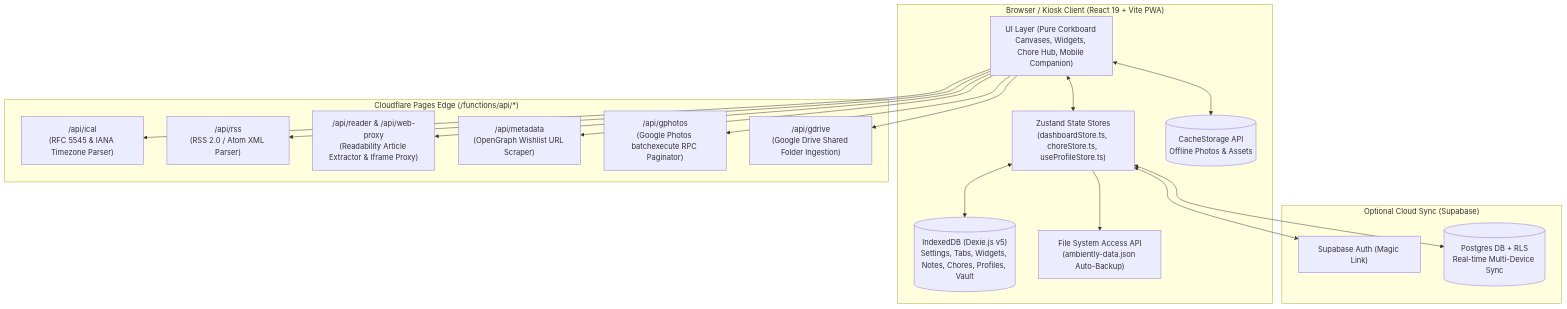
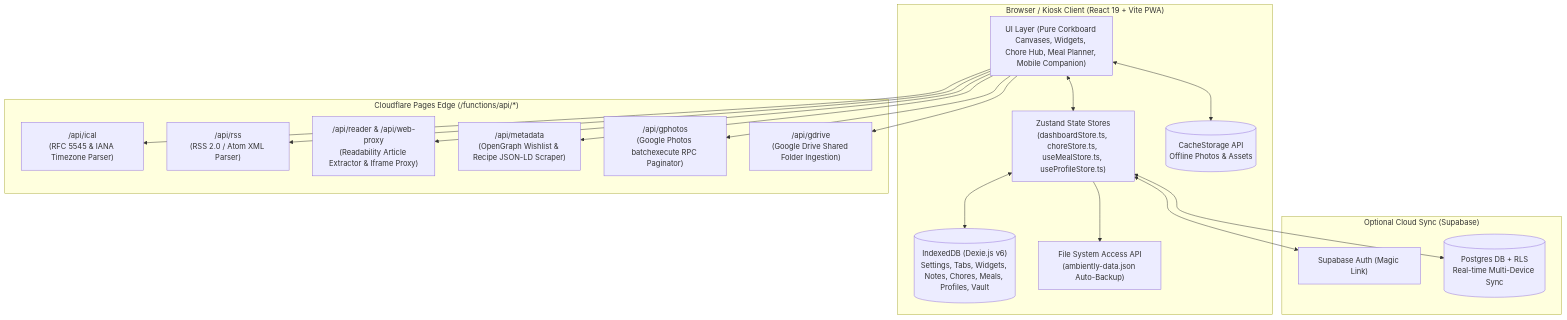
Before and after one commit to Genghis1227/ambiently: the diagram in ARCHITECTURE.md, drawn with Mermaid. The commit also changed other lines of this file and 9 other files, not shown here.

````diff
--- a/ARCHITECTURE.md
+++ b/ARCHITECTURE.md
@@ -7,37 +7,37 @@
 ```mermaid
 flowchart TB
     subgraph Client ["Browser / Kiosk Client (React 19 + Vite PWA)"]
-        UI["UI Layer (Pure Corkboard Canvases, Widgets, Chore Hub, Mobile Companion)"]
-        Store["Zustand State Stores\n(dashboardStore.ts, choreStore.ts, useProfileStore.ts)"]
-        IDB[("IndexedDB (Dexie.js v5)\nSettings, Tabs, Widgets, Notes, Chores, Profiles, Vault")]
+        UI["UI Layer (Pure Corkboard Canvases, Widgets, Chore Hub, Meal Planner, Mobile Companion)"]
+        Store["Zustand State Stores\n(dashboardStore.ts, choreStore.ts, useMealStore.ts, useProfileStore.ts)"]
+        IDB[("IndexedDB (Dexie.js v6)\nSettings, Tabs, Widgets, Notes, Chores, Meals, Profiles, Vault")]
         Cache[("CacheStorage API\nOffline Photos & Assets")]
         FSA["File System Access API\n(ambiently-data.json Auto-Backup)"]
     end
 
     subgraph Edge ["Cloudflare Pages Edge (/functions/api/*)"]
         ICalProxy["/api/ical\n(RFC 5545 & IANA Timezone Parser)"]
         RssProxy["/api/rss\n(RSS 2.0 / Atom XML Parser)"]
         ReaderProxy["/api/reader & /api/web-proxy\n(Readability Article Extractor & Iframe Proxy)"]
-        MetadataProxy["/api/metadata\n(OpenGraph Wishlist URL Scraper)"]
+        MetadataProxy["/api/metadata\n(OpenGraph Wishlist & Recipe JSON-LD Scraper)"]
         GPhotosProxy["/api/gphotos\n(Google Photos batchexecute RPC Paginator)"]
         GDriveProxy["/api/gdrive\n(Google Drive Shared Folder Ingestion)"]
     end
 
     subgraph Cloud ["Optional Cloud Sync (Supabase)"]
         Auth["Supabase Auth (Magic Link)"]
         PG[("Postgres DB + RLS\nReal-time Multi-Device Sync")]
     end
 
     UI <--> Store
     Store <--> IDB
     Store --> FSA
     UI <--> Cache
     UI --> ICalProxy
     UI --> RssProxy
     UI --> ReaderProxy
     UI --> MetadataProxy
     UI --> GPhotosProxy
     UI --> GDriveProxy
     Store <--> Auth
     Store <--> PG
 ```
````
